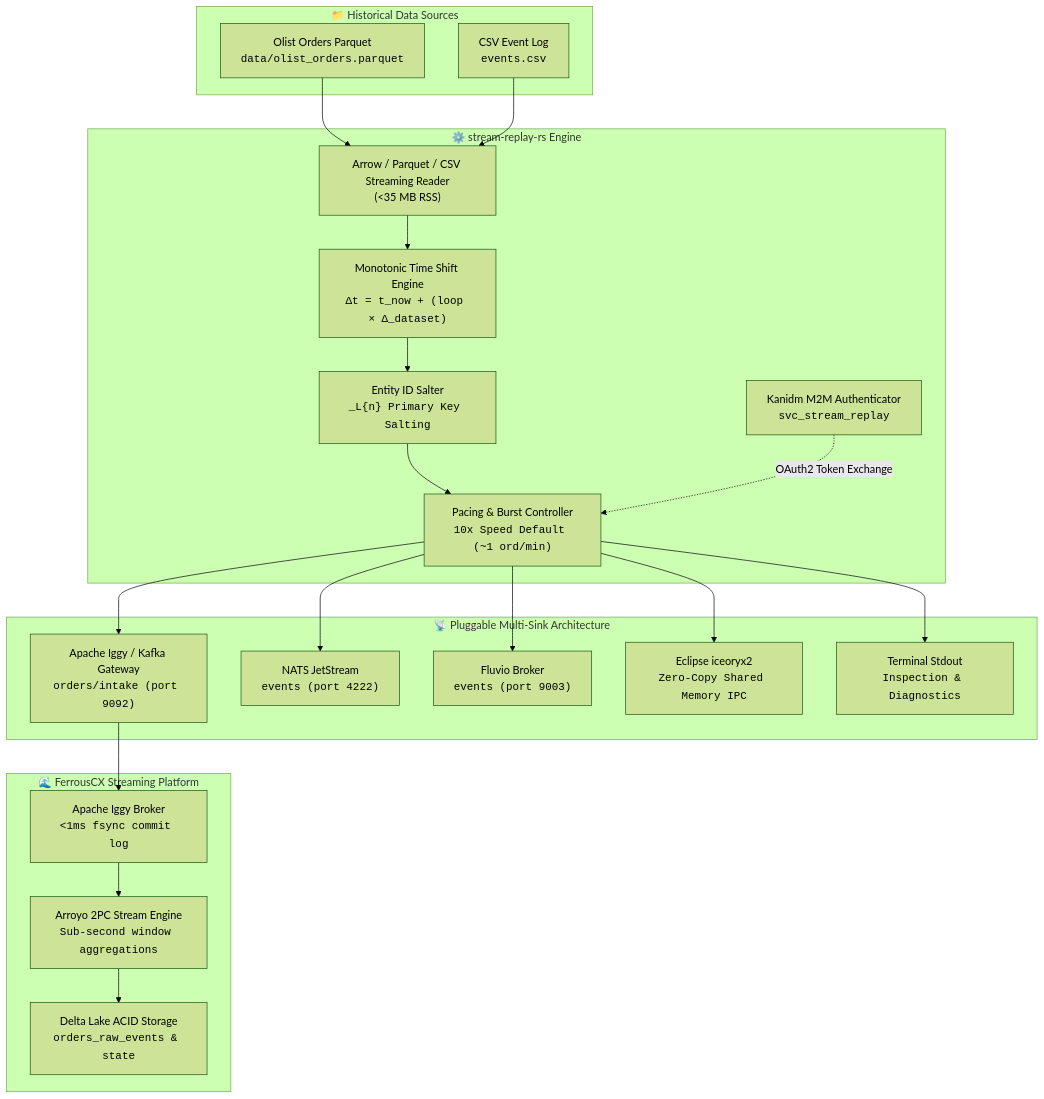
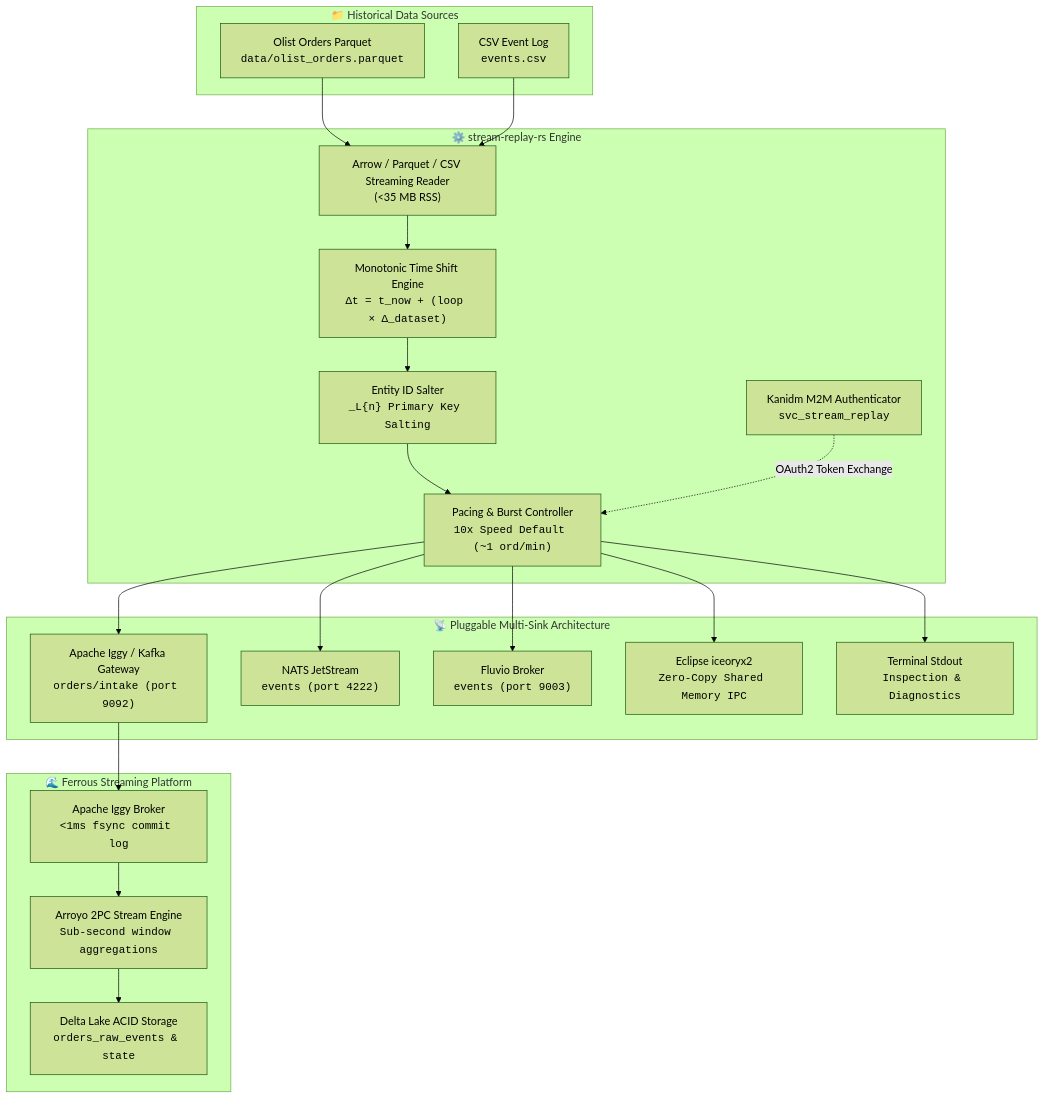
One commit to reidlai/stream-replay-rs changed the diagram in README.md. Above: the diagram before and after it, drawn with Mermaid (forest theme). The commit also changed other lines of this file, not shown here.

Commit message:
docs(readme): rename FerrousCX Streaming to Ferrous Streaming

````diff
--- a/README.md
+++ b/README.md
@@ -16,46 +16,46 @@
 ```mermaid
 flowchart TD
     subgraph Data Sources ["📁 Historical Data Sources"]
         Parquet["Olist Orders Parquet<br/><code>data/olist_orders.parquet</code>"]
         CSV["CSV Event Log<br/><code>events.csv</code>"]
     end
 
     subgraph Core Engine ["⚙️ stream-replay-rs Engine"]
         Reader["Arrow / Parquet / CSV Streaming Reader<br/>(&lt;35 MB RSS)"]
         TimeEngine["Monotonic Time Shift Engine<br/><code>Δt = t_now + (loop × Δ_dataset)</code>"]
         Salter["Entity ID Salter<br/><code>_L{n} Primary Key Salting</code>"]
         RatePacer["Pacing &amp; Burst Controller<br/><code>10x Speed Default (~1 ord/min)</code>"]
         Auth["Kanidm M2M Authenticator<br/><code>svc_stream_replay</code>"]
     end
 
     subgraph Pluggable Sinks ["📡 Pluggable Multi-Sink Architecture"]
         KafkaSink["Apache Iggy / Kafka Gateway<br/><code>orders/intake (port 9092)</code>"]
         NATSSink["NATS JetStream<br/><code>events (port 4222)</code>"]
         FluvioSink["Fluvio Broker<br/><code>events (port 9003)</code>"]
         IceoryxSink["Eclipse iceoryx2<br/><code>Zero-Copy Shared Memory IPC</code>"]
         StdoutSink["Terminal Stdout<br/><code>Inspection &amp; Diagnostics</code>"]
     end
 
-    subgraph Downstream Ecosystem ["🌊 FerrousCX Streaming Platform"]
+    subgraph Downstream Ecosystem ["🌊 Ferrous Streaming Platform"]
         IggyBroker["Apache Iggy Broker<br/><code>&lt;1ms fsync commit log</code>"]
         Arroyo["Arroyo 2PC Stream Engine<br/><code>Sub-second window aggregations</code>"]
         DeltaLake["Delta Lake ACID Storage<br/><code>orders_raw_events &amp; state</code>"]
     end
 
     Parquet --> Reader
     CSV --> Reader
     Reader --> TimeEngine
     TimeEngine --> Salter
     Salter --> RatePacer
     Auth -.->|"OAuth2 Token Exchange"| RatePacer
 
     RatePacer --> KafkaSink
     RatePacer --> NATSSink
     RatePacer --> FluvioSink
     RatePacer --> IceoryxSink
     RatePacer --> StdoutSink
 
     KafkaSink --> IggyBroker
     IggyBroker --> Arroyo
     Arroyo --> DeltaLake
 ```
````
